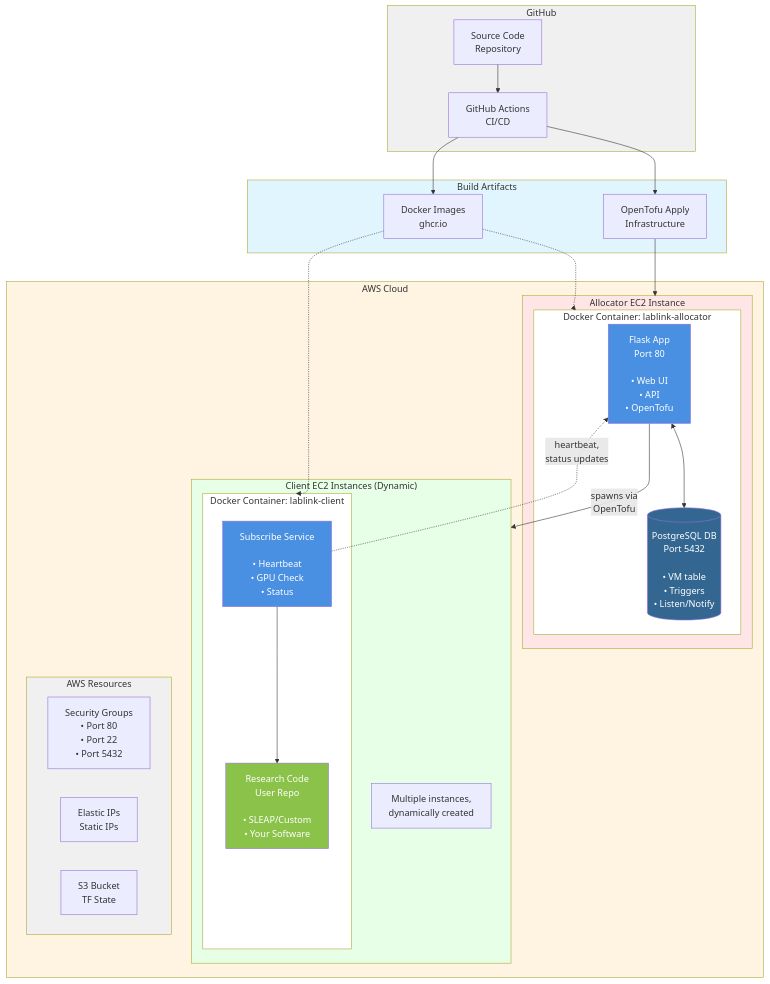
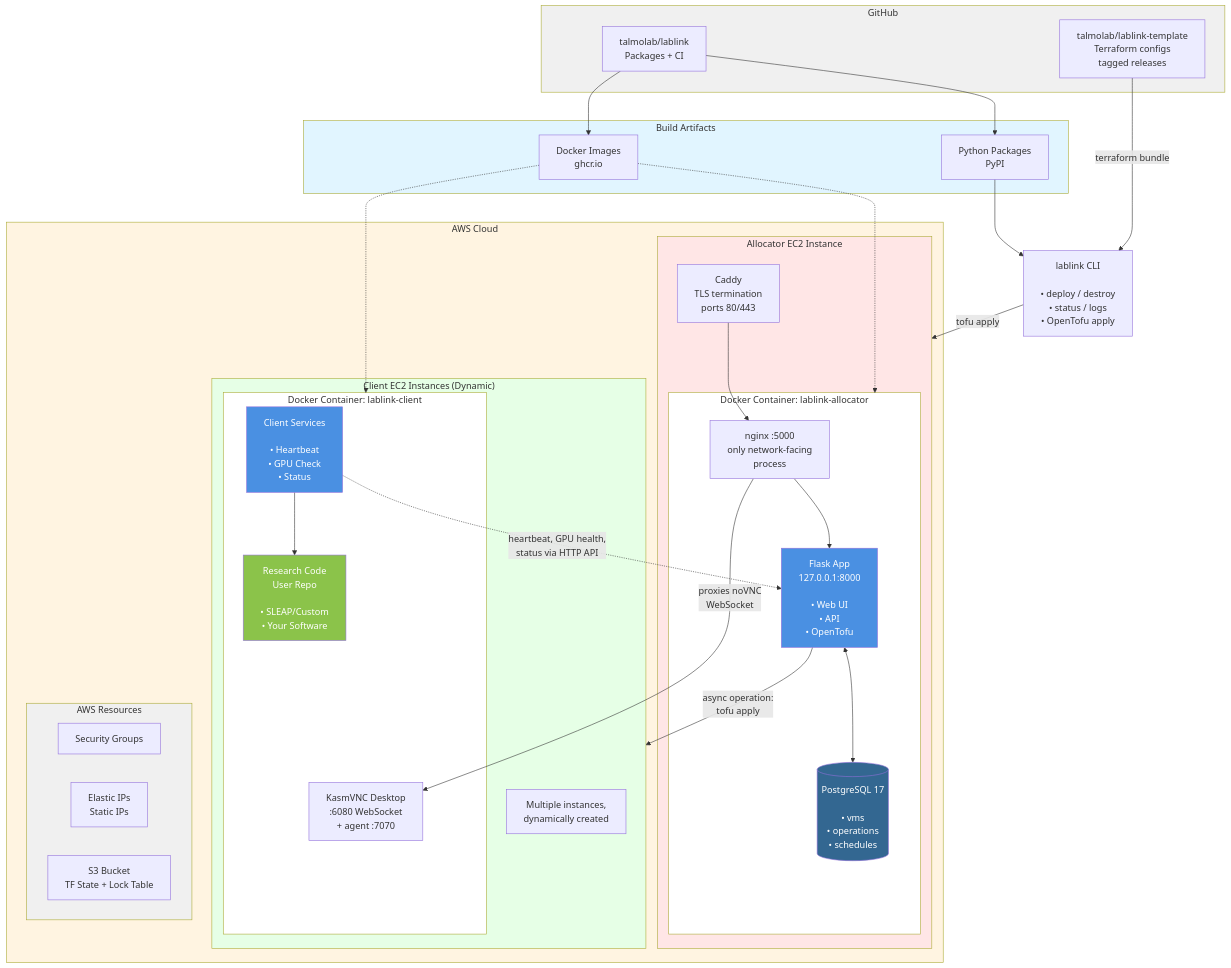
One commit to talmolab/lablink changed the first of 5 diagrams in docs/architecture.md. Above: the diagram before and after it, drawn with Mermaid. The commit also changed other lines of this file and 1 other file, not shown here.

First line of the commit message:
docs: refresh architecture.md and workflows.md to current system

````diff
--- a/docs/architecture.md
+++ b/docs/architecture.md
@@ -7,60 +16,69 @@
 ```mermaid
 graph TB
     subgraph GitHub["GitHub"]
-        SourceCode[Source Code<br/>Repository]
-        Actions[GitHub Actions<br/>CI/CD]
-        SourceCode --> Actions
+        Lablink[talmolab/lablink<br/>Packages + CI]
+        Template[talmolab/lablink-template<br/>Terraform configs<br/>tagged releases]
     end
 
     subgraph Artifacts["Build Artifacts"]
+        PyPI[Python Packages<br/>PyPI]
         DockerImages[Docker Images<br/>ghcr.io]
-        TofuDeploy[OpenTofu Apply<br/>Infrastructure]
     end
 
-    Actions --> DockerImages
-    Actions --> TofuDeploy
+    Lablink --> PyPI
+    Lablink --> DockerImages
+
+    CLI[lablink CLI<br/><br/>• deploy / destroy<br/>• status / logs<br/>• OpenTofu apply]
+    PyPI --> CLI
+    Template -->|terraform bundle| CLI
 
     subgraph AWS["AWS Cloud"]
         subgraph AllocatorInstance["Allocator EC2 Instance"]
+            Caddy[Caddy<br/>TLS termination<br/>ports 80/443]
             subgraph AllocatorContainer["Docker Container: lablink-allocator"]
-                Flask[Flask App<br/>Port 80<br/><br/>• Web UI<br/>• API<br/>• OpenTofu]
-                PostgreSQL[(PostgreSQL DB<br/>Port 5432<br/><br/>• VM table<br/>• Triggers<br/>• Listen/Notify)]
+                Nginx[nginx :5000<br/>only network-facing<br/>process]
+                Flask[Flask App<br/>127.0.0.1:8000<br/><br/>• Web UI<br/>• API<br/>• OpenTofu]
+                PostgreSQL[(PostgreSQL 17<br/><br/>• vms<br/>• operations<br/>• schedules)]
+                Nginx --> Flask
                 Flask <--> PostgreSQL
             end
+            Caddy --> Nginx
         end
 
         subgraph ClientInstances["Client EC2 Instances (Dynamic)"]
             subgraph ClientContainer["Docker Container: lablink-client"]
-                Subscribe[Subscribe Service<br/><br/>• Heartbeat<br/>• GPU Check<br/>• Status]
+                Desktop[KasmVNC Desktop<br/>:6080 WebSocket<br/>+ agent :7070]
+                Services[Client Services<br/><br/>• Heartbeat<br/>• GPU Check<br/>• Status]
                 Research[Research Code<br/>User Repo<br/><br/>• SLEAP/Custom<br/>• Your Software]
-                Subscribe --> Research
+                Services --> Research
             end
             Note[Multiple instances,<br/>dynamically created]
         end
 
         subgraph AWSResources["AWS Resources"]
-            SecurityGroups[Security Groups<br/>• Port 80<br/>• Port 22<br/>• Port 5432]
+            SecurityGroups[Security Groups]
             ElasticIPs[Elastic IPs<br/>Static IPs]
-            S3[S3 Bucket<br/>TF State]
+            S3[S3 Bucket<br/>TF State + Lock Table]
         end
     end
 
-    TofuDeploy --> AllocatorInstance
+    CLI -->|tofu apply| AllocatorInstance
     DockerImages -.-> AllocatorContainer
     DockerImages -.-> ClientContainer
-    Flask -->|spawns via<br/>OpenTofu| ClientInstances
-    Subscribe -.->|heartbeat,<br/>status updates| Flask
+    Flask -->|async operation:<br/>tofu apply| ClientInstances
+    Services -.->|heartbeat, GPU health,<br/>status via HTTP API| Flask
+    Nginx -->|proxies noVNC<br/>WebSocket| Desktop
 
     style GitHub fill:#f0f0f0
     style Artifacts fill:#e1f5ff
     style AWS fill:#fff4e1
     style AllocatorInstance fill:#ffe6e6
     style AllocatorContainer fill:#fff
     style ClientInstances fill:#e6ffe6
     style ClientContainer fill:#fff
     style AWSResources fill:#f0f0f0
     style Flask fill:#4a90e2,color:#fff
     style PostgreSQL fill:#336791,color:#fff
-    style Subscribe fill:#4a90e2,color:#fff
+    style Services fill:#4a90e2,color:#fff
     style Research fill:#8bc34a,color:#fff
 ```
````
